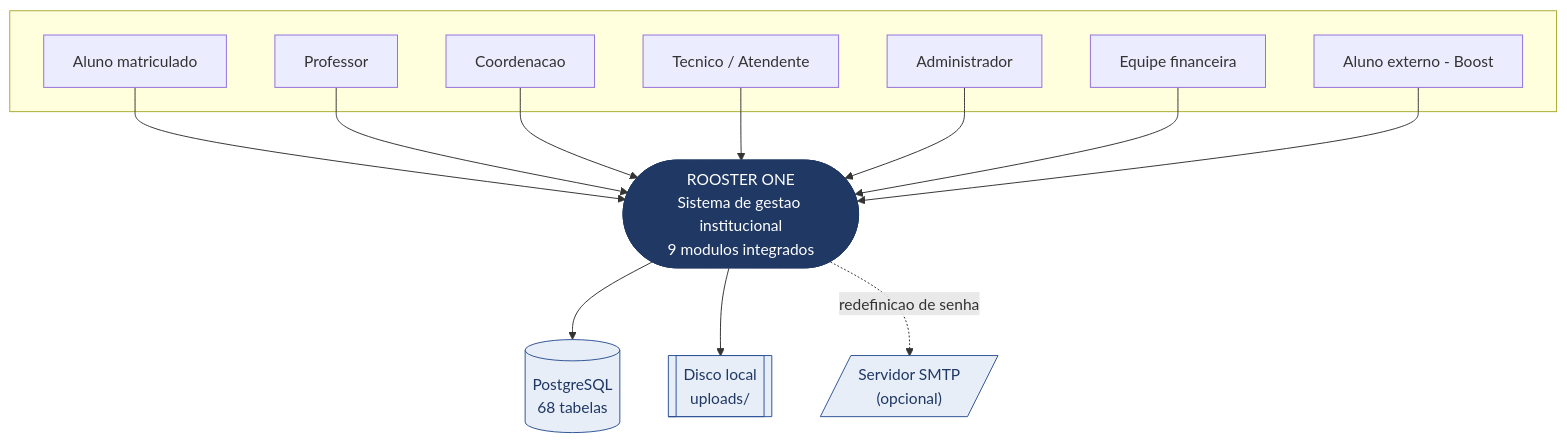
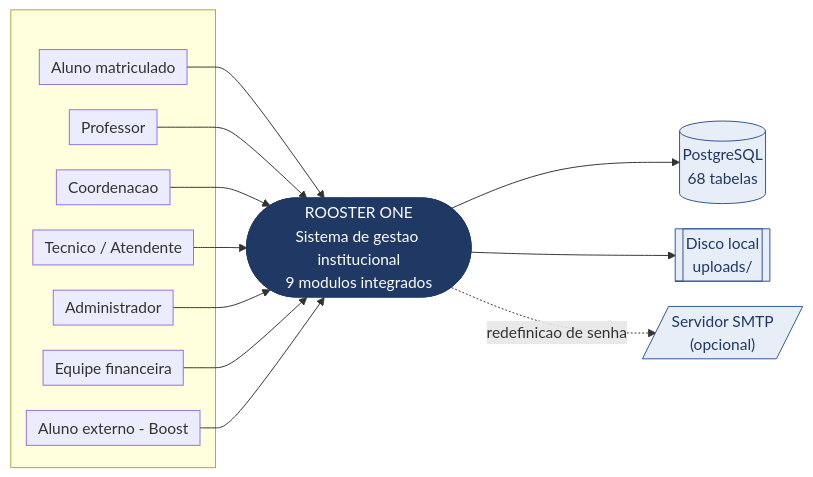
One commit to bebberjoao/RoosterOneBackend changed the diagram in docs/diagramas/src/contexto.mmd. Above: the diagram before and after it, drawn with Mermaid. The commit also changed 129 other files, not shown here.

First line of the commit message:
docs: diagramas revistos para legibilidade e conferidos com o código

```diff
--- a/docs/diagramas/src/contexto.mmd
+++ b/docs/diagramas/src/contexto.mmd
@@ -1,33 +1,34 @@
-graph TB
+%%{init: {"flowchart":{"subGraphTitleMargin":{"top":6,"bottom":12},"nodeSpacing":26,"rankSpacing":32,"padding":6,"diagramPadding":6}}}%%
+graph LR
   subgraph Externo[" "]
     AI[Aluno matriculado]
     PR[Professor]
     CO[Coordenacao]
     TE[Tecnico / Atendente]
     AD[Administrador]
     FI[Equipe financeira]
     EX[Aluno externo - Boost]
   end
 
   RO(["ROOSTER ONE<br/>Sistema de gestao institucional<br/>9 modulos integrados"])
 
   PG[("PostgreSQL<br/>68 tabelas")]
   FS[["Disco local<br/>uploads/"]]
   SMTP[/"Servidor SMTP<br/>(opcional)"/]
 
   AI --> RO
   PR --> RO
   CO --> RO
   TE --> RO
   AD --> RO
   FI --> RO
   EX --> RO
 
   RO --> PG
   RO --> FS
   RO -.->|redefinicao de senha| SMTP
 
   classDef sistema fill:#1F3864,stroke:#1F3864,color:#fff
   classDef dados fill:#E8EEF7,stroke:#2E5395,color:#1F3864
   class RO sistema
   class PG,FS,SMTP dados
```
